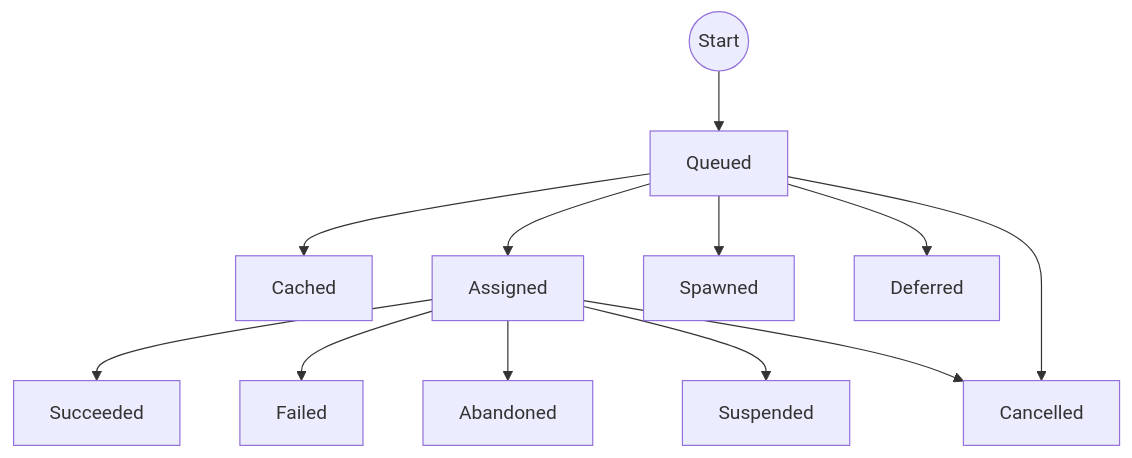
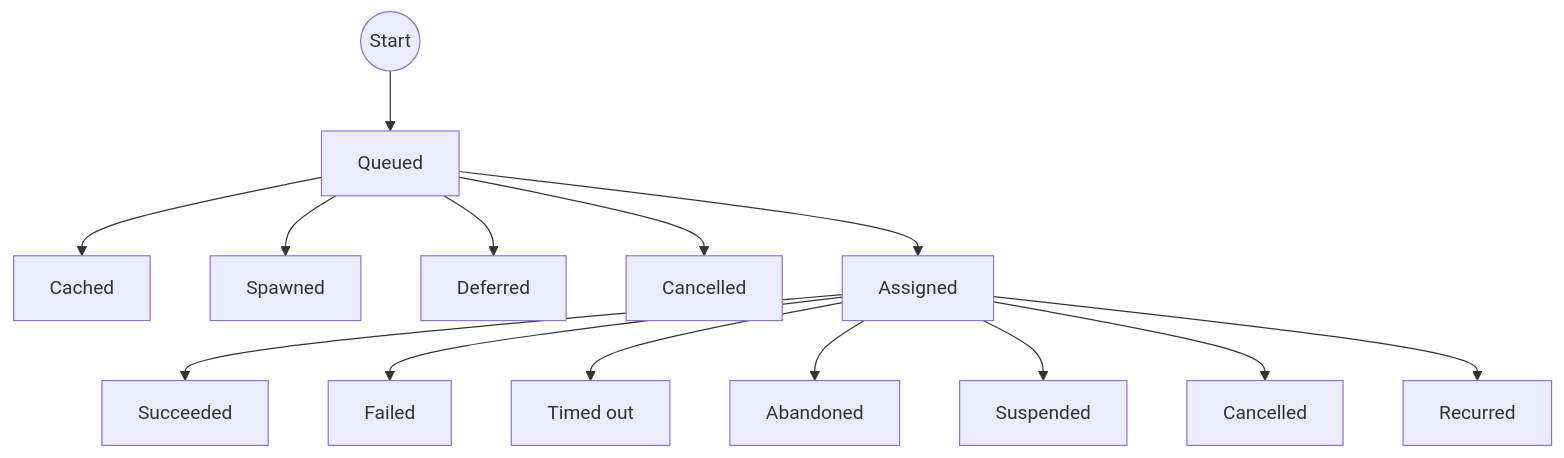
Before and after one commit to bitroot/coflux: the diagram in docs/docs/executions.md, drawn with Mermaid. The commit also changed other lines of this file and 11 other files, not shown here.

````diff
--- a/docs/docs/executions.md
+++ b/docs/docs/executions.md
@@ -5,14 +5,18 @@
 ```mermaid
-graph TB;
-  start((Start))-->queued
-  queued[Queued]-->cached[Cached]
-  queued-->assigned
-  queued-->spawned[Spawned]
-  queued-->deferred[Deferred]
-  queued-->cancelled
-  assigned[Assigned]-->succeeded[Succeeded]
-  assigned-->failed[Failed]
-  assigned-->abandoned[Abandoned]
-  assigned-->suspended[Suspended]
-  assigned-->cancelled[Cancelled]
+flowchart TB
+  start((Start)) --> queued[Queued]
+
+  queued --> cached[Cached]
+  queued --> spawned[Spawned]
+  queued --> deferred[Deferred]
+  queued --> cancelled_q[Cancelled]
+  queued --> assigned[Assigned]
+
+  assigned --> succeeded[Succeeded]
+  assigned --> failed[Failed]
+  assigned --> timed_out[Timed out]
+  assigned --> abandoned[Abandoned]
+  assigned --> suspended[Suspended]
+  assigned --> cancelled_a[Cancelled]
+  assigned --> recurred[Recurred]
 ```
````
